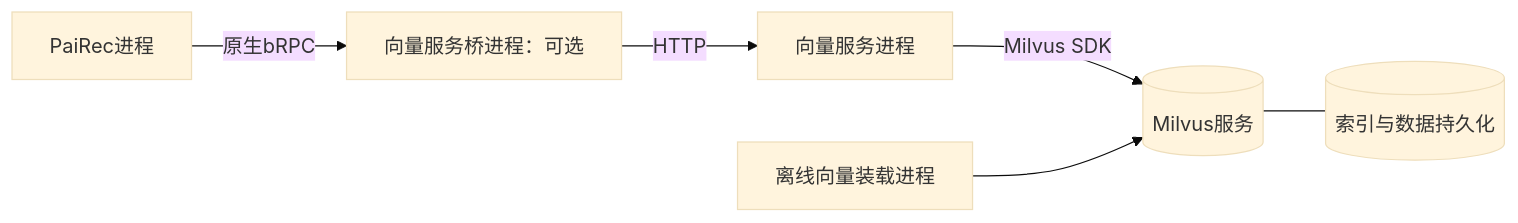
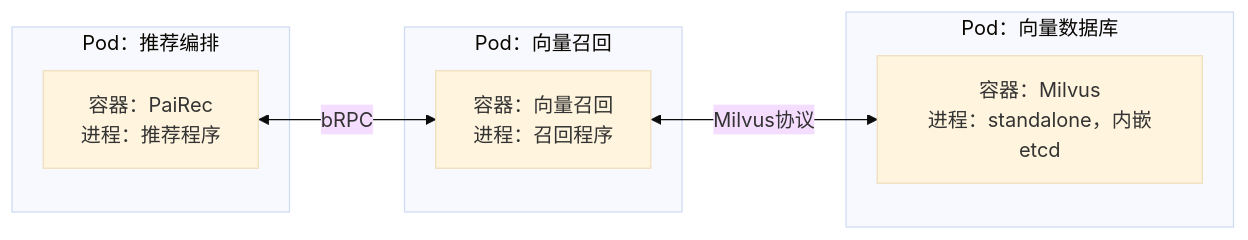
Before and after one commit to bitianyuan123/docs: the fourth of 15 diagrams in 07_other_services.md, drawn with Mermaid (base theme). The commit also changed other lines of this file and 141 other files, not shown here.

Commit message:
docs: audit module views and analyze PaiRec OneTrans Redis workloads

````diff
--- a/07_other_services.md
+++ b/07_other_services.md
@@ -107,8 +112,14 @@
 ```mermaid
 flowchart LR
-    P[PaiRec进程] -->|原生bRPC| B[向量服务桥进程：可选]
-    B -->|HTTP| V[向量服务进程]
-    V -->|Milvus SDK| M[(Milvus服务)]
-    L[离线向量装载进程] --> M
-    M --- D[(索引与数据持久化)]
+    subgraph PP[Pod：推荐编排]
+        P[容器：PaiRec<br/>进程：推荐程序]
+    end
+    subgraph VP[Pod：向量召回]
+        V[容器：向量召回<br/>进程：召回程序]
+    end
+    subgraph MP[Pod：向量数据库]
+        M[容器：Milvus<br/>进程：standalone，内嵌etcd]
+    end
+    P <-->|bRPC| V
+    V <-->|Milvus协议| M
 ```
````
